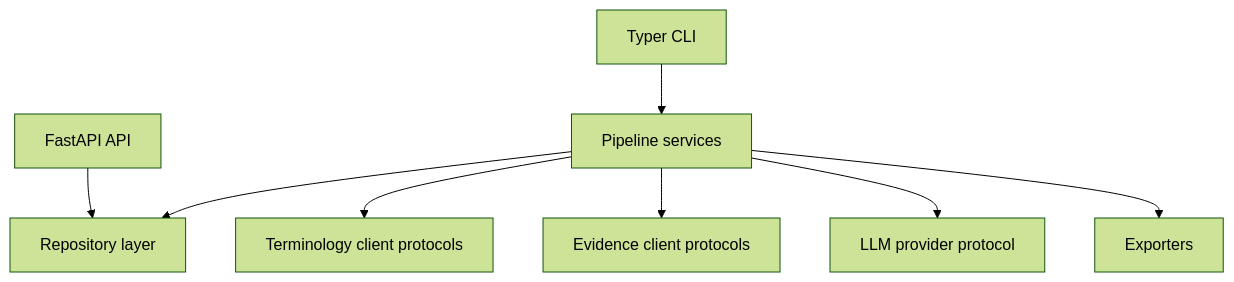
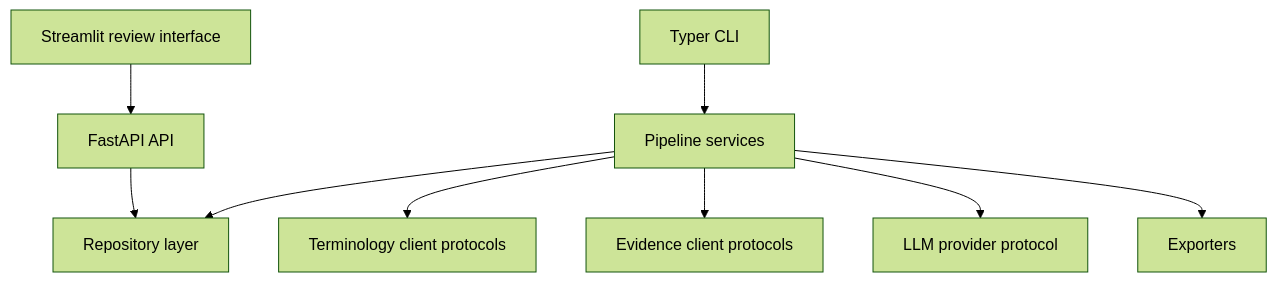
The first of 6 diagrams in docs/architecture.md (andrexstone-afk/evidenceforge), drawn with Mermaid (forest theme) before and after one commit. The commit also changed other lines of this file and 18 other files, not shown here.

Commit message:
feat: add Streamlit evidence review interface

````diff
--- a/docs/architecture.md
+++ b/docs/architecture.md
@@ -7,10 +7,11 @@
 ```mermaid
 flowchart TB
     CLI[Typer CLI] --> Pipeline[Pipeline services]
     API[FastAPI API] --> Store[Repository layer]
+    UI[Streamlit review interface] --> API
     Pipeline --> Store
     Pipeline --> Terminology[Terminology client protocols]
     Pipeline --> Evidence[Evidence client protocols]
     Pipeline --> LLM[LLM provider protocol]
     Pipeline --> Export[Exporters]
 ```
````
